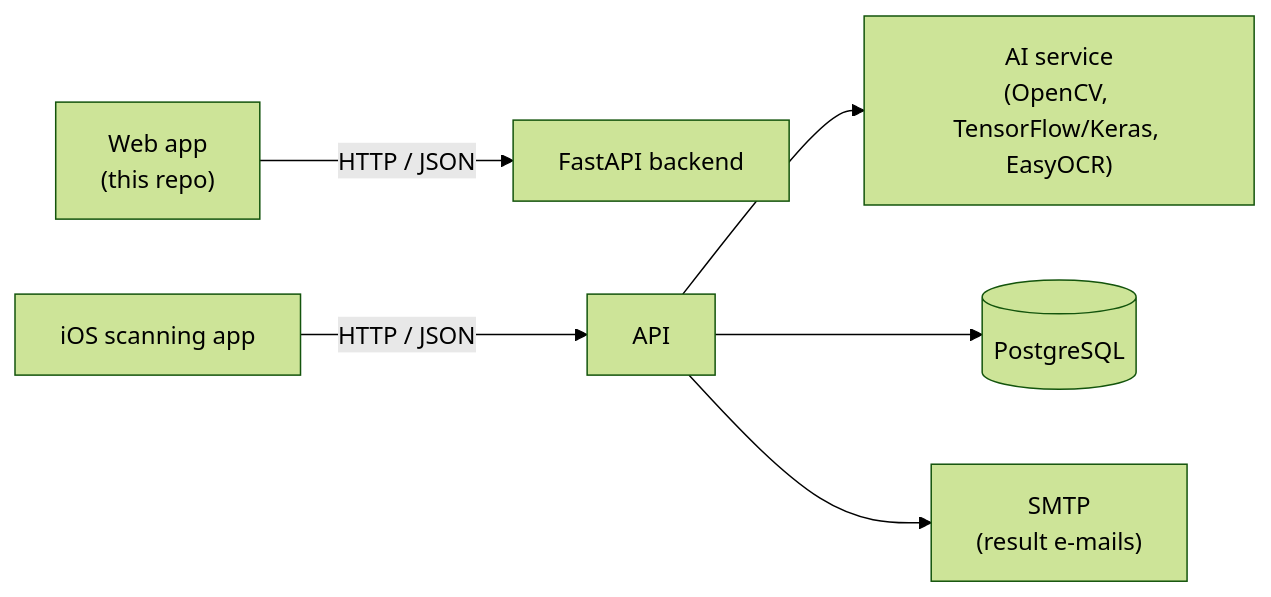
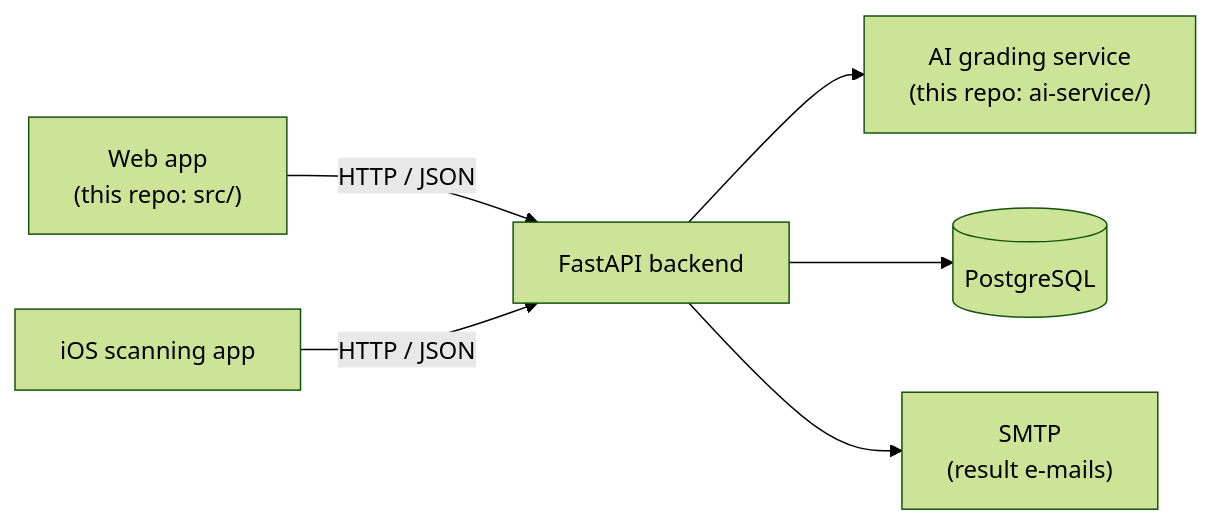
One commit to Xerow42/qcm-corrector-web changed the diagram in README.md. Above: the diagram before and after it, drawn with Mermaid (forest theme). The commit also changed other lines of this file and 18 other files, not shown here.

Commit message:
feat: add AI grading service (ai-service/) and updated README

````diff
--- a/README.md
+++ b/README.md
@@ -17,8 +20,8 @@
 ```mermaid
 flowchart LR
-    Web\["Web app<br/>(this repo)"] -- "HTTP / JSON" --> API\["FastAPI backend"]
-    iOS\["iOS scanning app"] -- "HTTP / JSON" --> API
-    API --> AI\["AI service<br/>(OpenCV, TensorFlow/Keras, EasyOCR)"]
-    API --> DB\[("PostgreSQL")]
-    API --> Mail\["SMTP<br/>(result e-mails)"]
+    Web["Web app<br/>(this repo: src/)"] -- "HTTP / JSON" --> API["FastAPI backend"]
+    iOS["iOS scanning app"] -- "HTTP / JSON" --> API
+    API --> AI["AI grading service<br/>(this repo: ai-service/)"]
+    API --> DB[("PostgreSQL")]
+    API --> Mail["SMTP<br/>(result e-mails)"]
 ```
````
